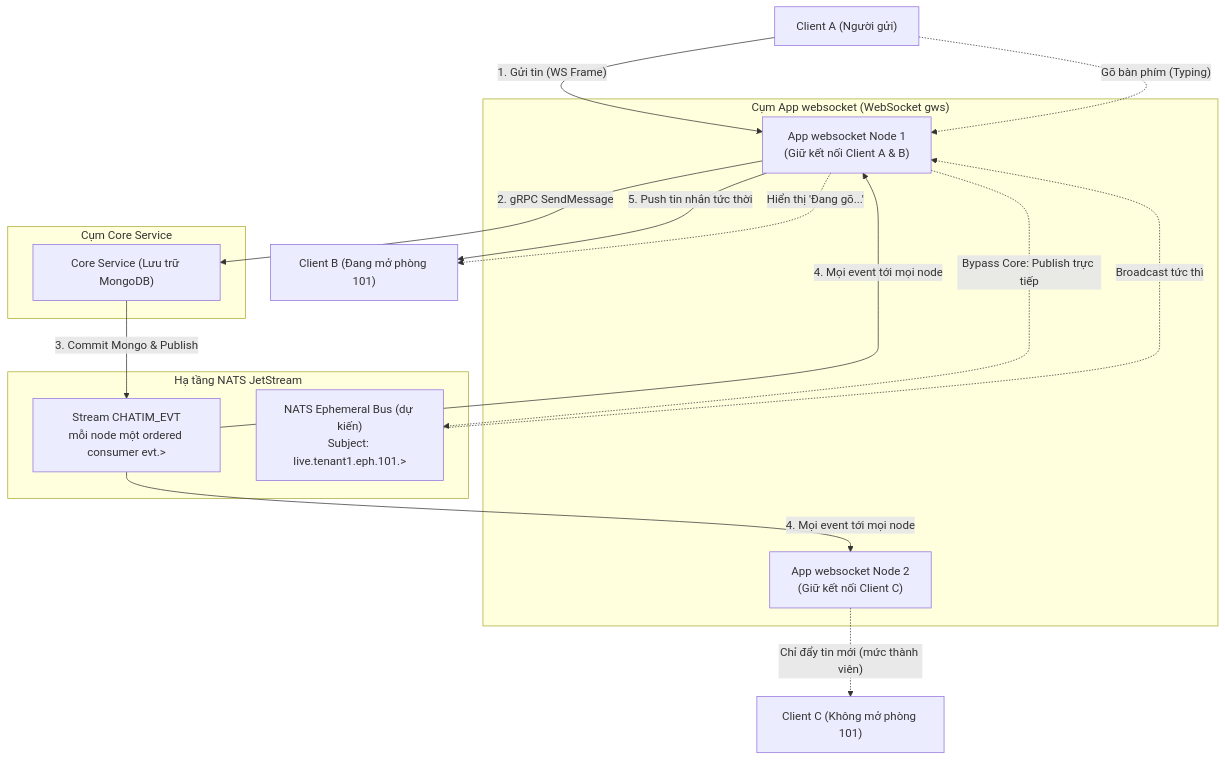
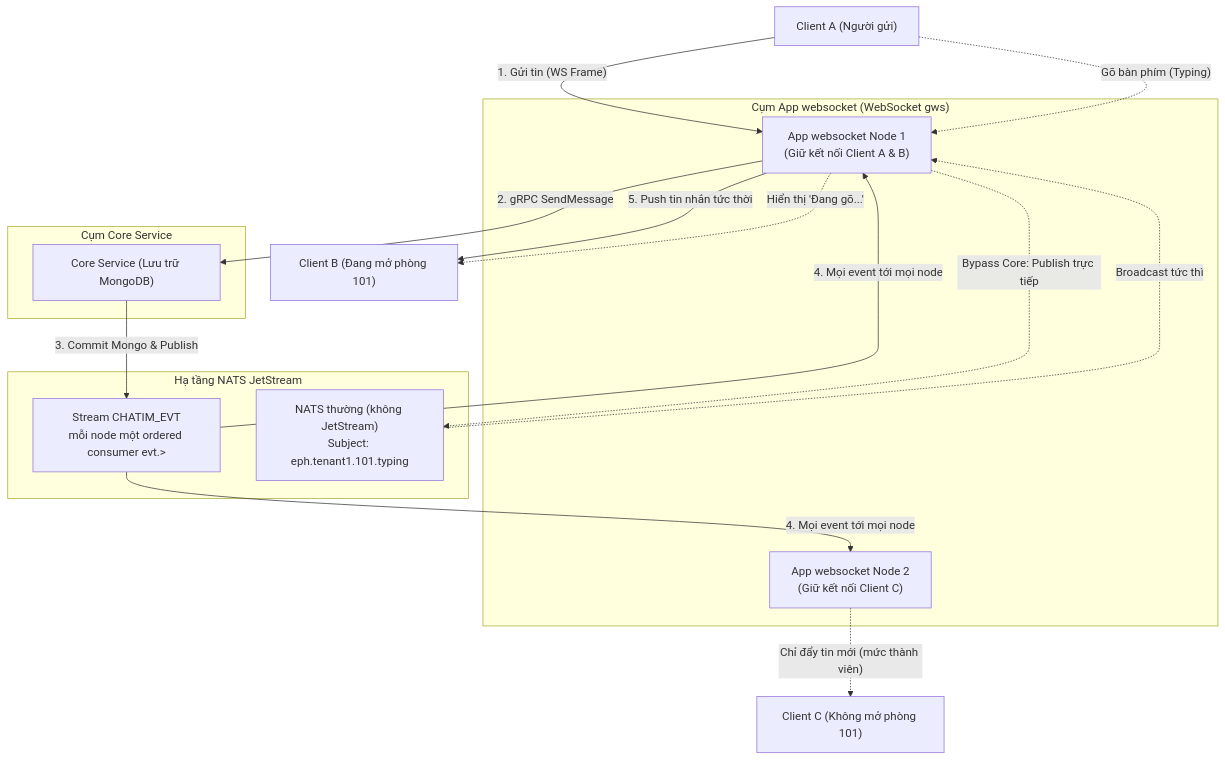
The first of 2 diagrams in docs/modules/09-feature-realtime-delivery-and-ephemeral.md (ivannguyendev/chatim), drawn with Mermaid before and after one commit. The commit also changed other lines of this file and 9 other files, not shown here.

````diff
--- a/docs/modules/09-feature-realtime-delivery-and-ephemeral.md
+++ b/docs/modules/09-feature-realtime-delivery-and-ephemeral.md
@@ -26,39 +26,39 @@
 ```mermaid
 flowchart TD
     ClientA["Client A (Người gửi)"]
     ClientB["Client B (Đang mở phòng 101)"]
     ClientC["Client C (Không mở phòng 101)"]
 
     subgraph WebsocketLayer["Cụm App websocket (WebSocket gws)"]
         GW1["App websocket Node 1<br/>(Giữ kết nối Client A & B)"]
         GW2["App websocket Node 2<br/>(Giữ kết nối Client C)"]
     end
 
     subgraph EventBus["Hạ tầng NATS JetStream"]
         NATSLive["Stream CHATIM_EVT<br/>mỗi node một ordered consumer evt.>"]
-        NATSEph["NATS Ephemeral Bus (dự kiến)<br/>Subject: live.tenant1.eph.101.>"]
+        NATSEph["NATS thường (không JetStream)<br/>Subject: eph.tenant1.101.typing"]
     end
 
     subgraph CoreLayer["Cụm Core Service"]
         CoreSrv["Core Service (Lưu trữ MongoDB)"]
     end
 
     %% Luồng gửi tin chính thức
     ClientA -- "1. Gửi tin (WS Frame)" --> GW1
     GW1 -- "2. gRPC SendMessage" --> CoreSrv
     CoreSrv -- "3. Commit Mongo & Publish" --> NATSLive
 
     %% Mỗi node nhận mọi event, lọc theo room trong RAM
     NATSLive -- "4. Mọi event tới mọi node" --> GW1
     GW1 -- "5. Push tin nhắn tức thời" --> ClientB
 
     %% Luồng gõ bàn phím (Bỏ qua DB hoàn toàn)
     ClientA -. "Gõ bàn phím (Typing)" .-> GW1
     GW1 -. "Bypass Core: Publish trực tiếp" .-> NATSEph
     NATSEph -. "Broadcast tức thì" .-> GW1
     GW1 -. "Hiển thị 'Đang gõ...'" .-> ClientB
 
     %% Node 2 cũng nhận event nhưng Client C không mở phòng 101: react, ghim không được đẩy
     NATSLive -- "4. Mọi event tới mọi node" --> GW2
     GW2 -. "Chỉ đẩy tin mới (mức thành viên)" .-> ClientC
 ```
````
